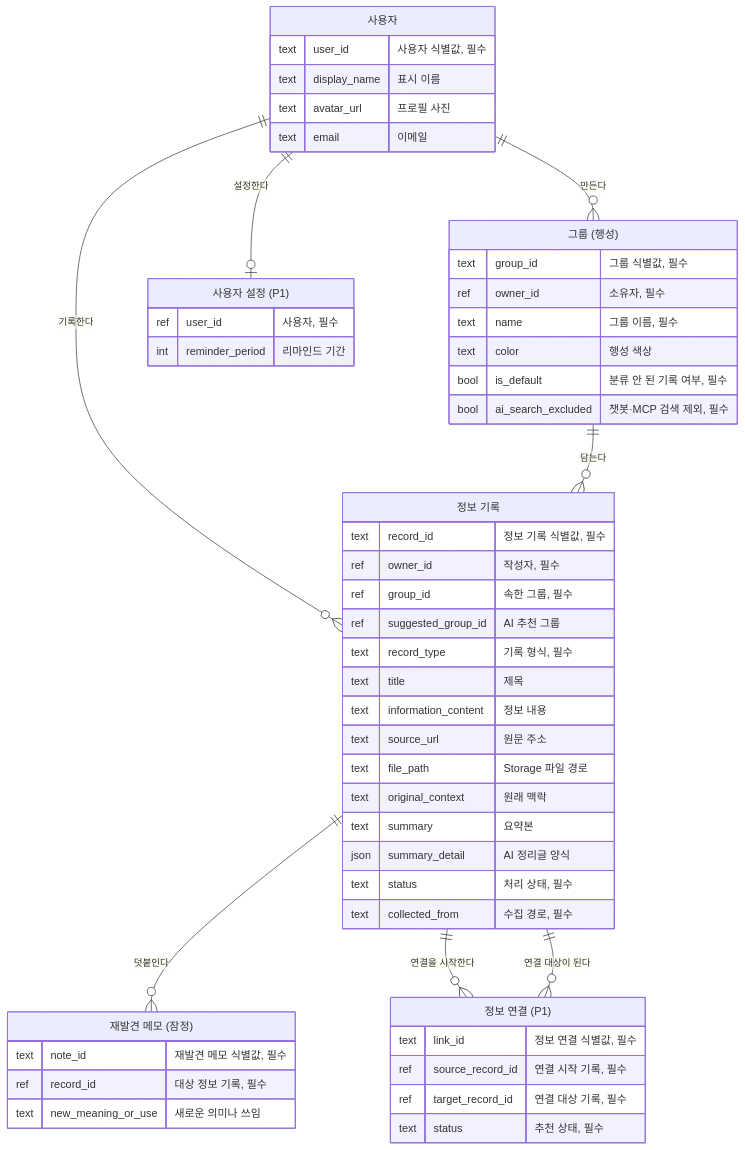
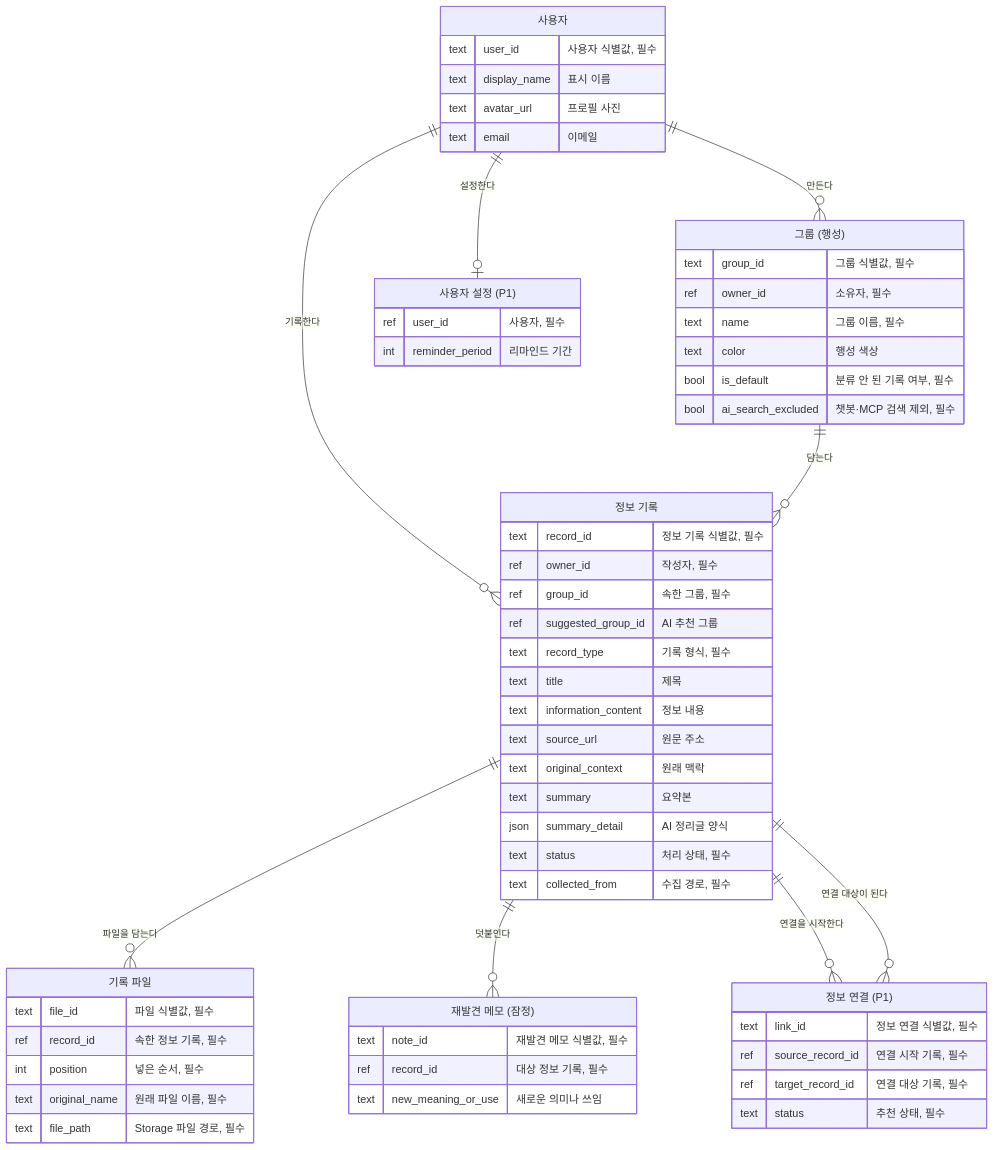
One commit to elvinleeys/space-log changed the diagram in docs/database.md. Above: the diagram before and after it, drawn with Mermaid. The commit also changed other lines of this file and 13 other files, not shown here.

````diff
--- a/docs/database.md
+++ b/docs/database.md
@@ -9,55 +9,62 @@
 ```mermaid
 erDiagram
   app_user["사용자"] {
     text user_id "사용자 식별값, 필수"
     text display_name "표시 이름"
     text avatar_url "프로필 사진"
     text email "이메일"
   }
   record_group["그룹 (행성)"] {
     text group_id "그룹 식별값, 필수"
     ref owner_id "소유자, 필수"
     text name "그룹 이름, 필수"
     text color "행성 색상"
     bool is_default "분류 안 된 기록 여부, 필수"
     bool ai_search_excluded "챗봇·MCP 검색 제외, 필수"
   }
   information_record["정보 기록"] {
     text record_id "정보 기록 식별값, 필수"
     ref owner_id "작성자, 필수"
     ref group_id "속한 그룹, 필수"
     ref suggested_group_id "AI 추천 그룹"
     text record_type "기록 형식, 필수"
     text title "제목"
     text information_content "정보 내용"
     text source_url "원문 주소"
-    text file_path "Storage 파일 경로"
     text original_context "원래 맥락"
     text summary "요약본"
     json summary_detail "AI 정리글 양식"
     text status "처리 상태, 필수"
     text collected_from "수집 경로, 필수"
+  }
+  record_file["기록 파일"] {
+    text file_id "파일 식별값, 필수"
+    ref record_id "속한 정보 기록, 필수"
+    int position "넣은 순서, 필수"
+    text original_name "원래 파일 이름, 필수"
+    text file_path "Storage 파일 경로, 필수"
   }
   rediscovery_note["재발견 메모 (잠정)"] {
     text note_id "재발견 메모 식별값, 필수"
     ref record_id "대상 정보 기록, 필수"
     text new_meaning_or_use "새로운 의미나 쓰임"
   }
   information_link["정보 연결 (P1)"] {
     text link_id "정보 연결 식별값, 필수"
     ref source_record_id "연결 시작 기록, 필수"
     ref target_record_id "연결 대상 기록, 필수"
     text status "추천 상태, 필수"
   }
   user_settings["사용자 설정 (P1)"] {
     ref user_id "사용자, 필수"
     int reminder_period "리마인드 기간"
   }
   app_user ||--o{ record_group : "만든다"
   app_user ||--o{ information_record : "기록한다"
   record_group ||--o{ information_record : "담는다"
+  information_record ||--o{ record_file : "파일을 담는다"
   information_record ||--o{ rediscovery_note : "덧붙인다"
   information_record ||--o{ information_link : "연결을 시작한다"
   information_record ||--o{ information_link : "연결 대상이 된다"
   app_user ||--o| user_settings : "설정한다"
 ```
````
